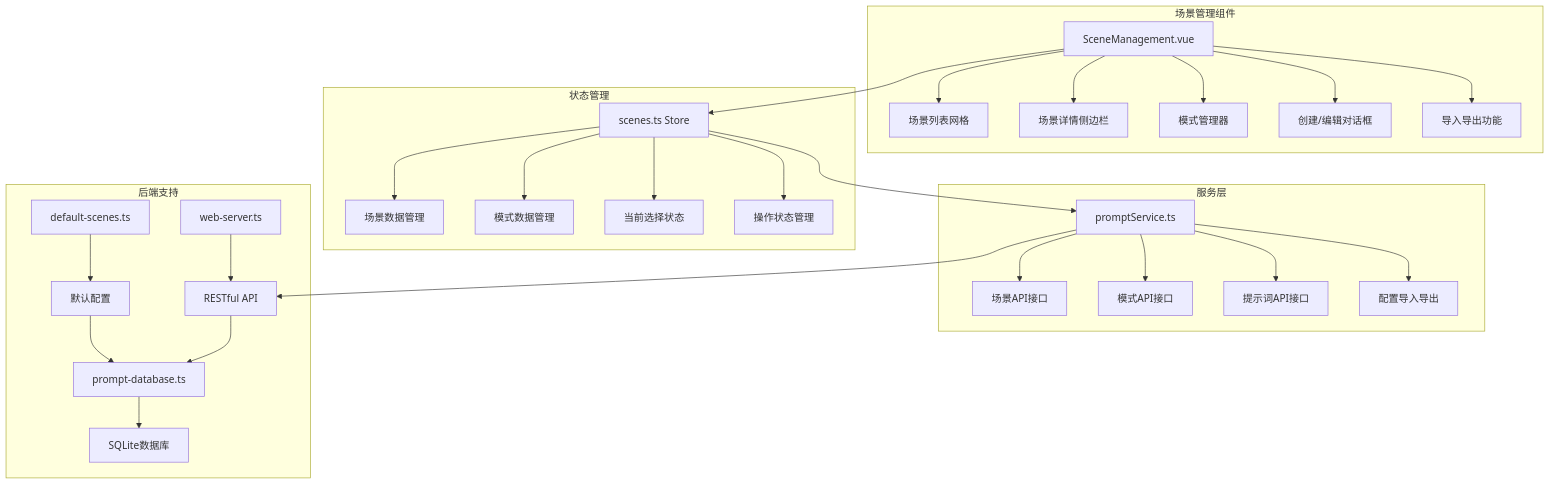
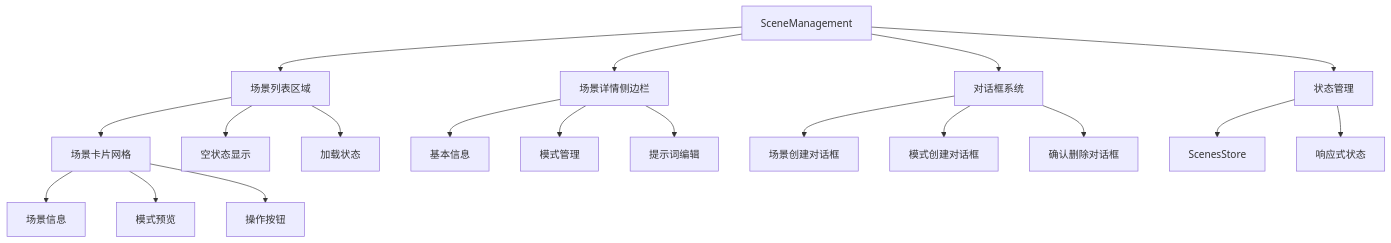
The first of 4 diagrams in docs/模块层/前端模块/组件/scene-management.md (Songmengdi/mcp-feedback-collector), drawn with Mermaid before and after one commit. The commit also changed other lines of this file and 37 other files, not shown here.

````diff
--- a/docs/模块层/前端模块/组件/scene-management.md
+++ b/docs/模块层/前端模块/组件/scene-management.md
@@ -40,36 +41,26 @@
 ```mermaid
 graph TB
-    subgraph "场景管理组件"
-        A[SceneManagement.vue] --> B[场景列表网格]
-        A --> C[场景详情侧边栏]
-        A --> D[模式管理器]
-        A --> E[创建/编辑对话框]
-        A --> F[导入导出功能]
-    end
+    A[SceneManagement] --> B[场景列表区域]
+    A --> C[场景详情侧边栏]
+    A --> D[对话框系统]
+    A --> E[状态管理]
     
-    subgraph "状态管理"
-        G[scenes.ts Store] --> H[场景数据管理]
-        G --> I[模式数据管理]
-        G --> J[当前选择状态]
-        G --> K[操作状态管理]
-    end
+    B --> F[场景卡片网格]
+    B --> G[空状态显示]
+    B --> H[加载状态]
     
-    subgraph "服务层"
-        L[promptService.ts] --> M[场景API接口]
-        L --> N[模式API接口]
-        L --> O[提示词API接口]
-        L --> P[配置导入导出]
-    end
+    F --> I[场景信息]
+    F --> J[模式预览]
+    F --> K[操作按钮]
     
-    subgraph "后端支持"
-        Q[prompt-database.ts] --> R[SQLite数据库]
-        S[default-scenes.ts] --> T[默认配置]
-        U[web-server.ts] --> V[RESTful API]
-    end
+    C --> L[基本信息]
+    C --> M[模式管理]
+    C --> N[提示词编辑]
     
-    A --> G
-    G --> L
-    L --> V
-    V --> Q
-    T --> Q
+    D --> O[场景创建对话框]
+    D --> P[模式创建对话框]
+    D --> Q[确认删除对话框]
+    
+    E --> R[ScenesStore]
+    E --> S[响应式状态]
 ```
````
